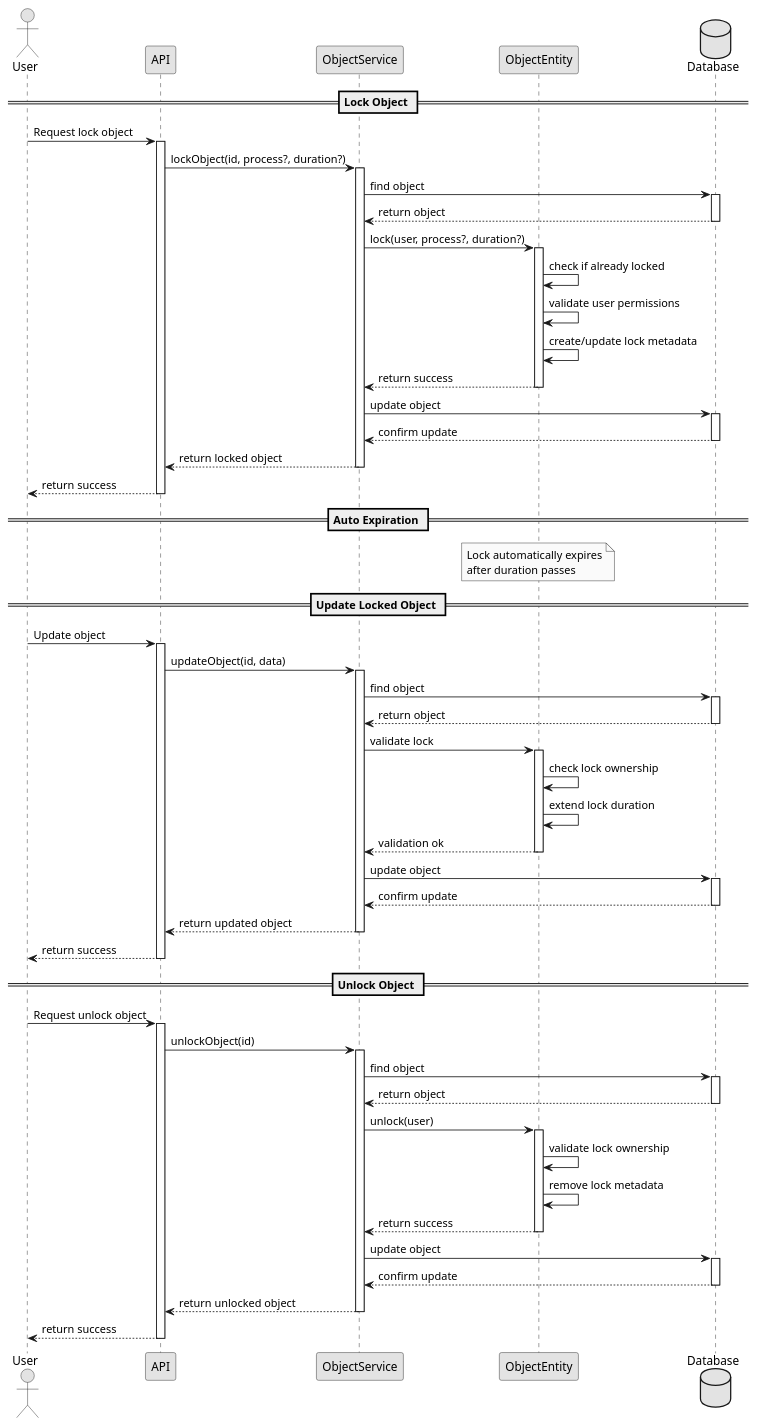
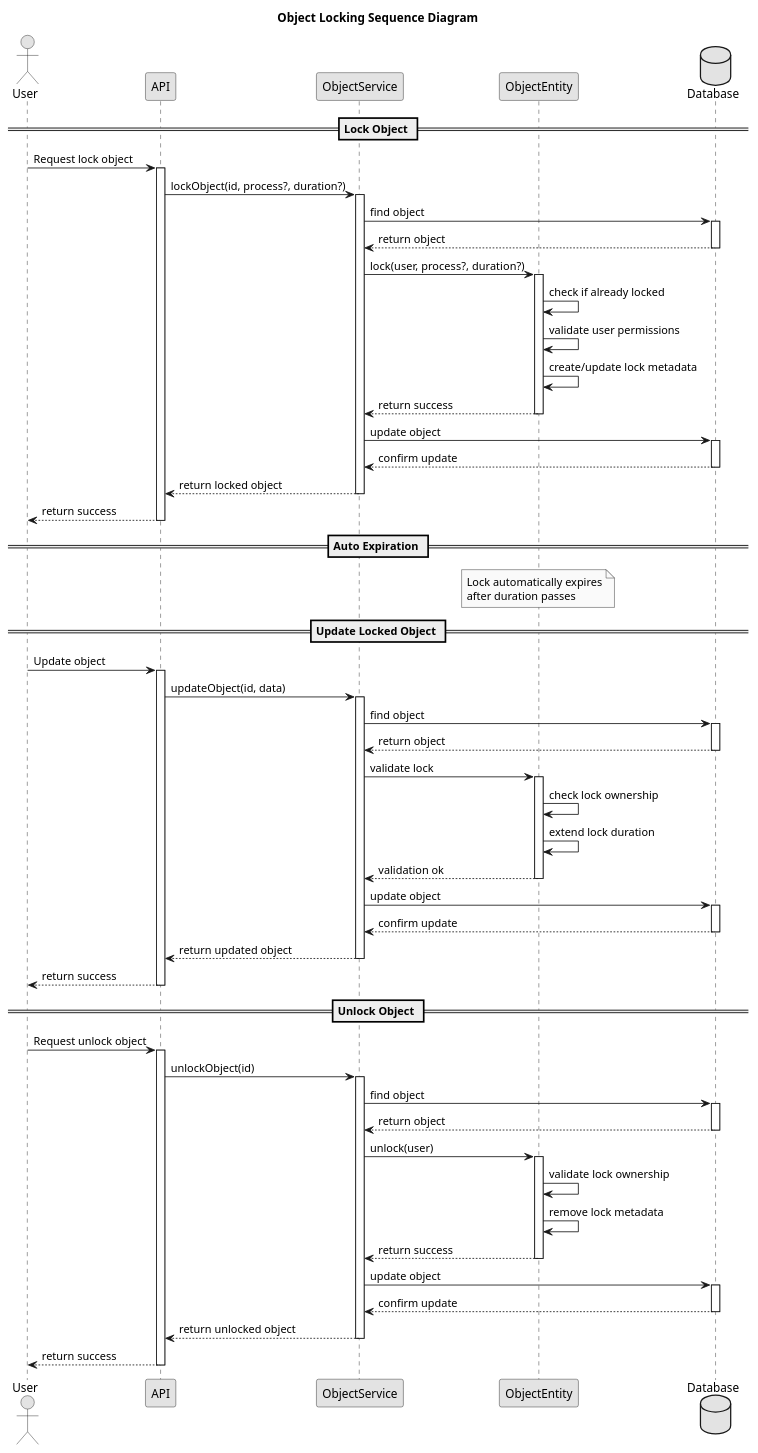
The diagram in website/docs/diagrams/object-locking-sequence.puml (MWest2020/openregister), drawn with PlantUML before and after one commit. The commit also changed 1 other file, not shown here.

```diff
--- a/website/docs/diagrams/object-locking-sequence.puml
+++ b/website/docs/diagrams/object-locking-sequence.puml
@@ -1,108 +1,109 @@
 @startuml Object Locking Process
+title Object Locking Sequence Diagram
 skinparam monochrome true
 
 actor User
 participant "API" as API
 participant "ObjectService" as Service
 participant "ObjectEntity" as Entity
 database "Database" as DB
 
 == Lock Object ==
 User -> API: Request lock object
 activate API
 
 API -> Service: lockObject(id, process?, duration?)
 activate Service
 
 Service -> DB: find object
 activate DB
 DB --> Service: return object
 deactivate DB
 
 Service -> Entity: lock(user, process?, duration?)
 activate Entity
 
 Entity -> Entity: check if already locked
 Entity -> Entity: validate user permissions
 Entity -> Entity: create/update lock metadata
 Entity --> Service: return success
 deactivate Entity
 
 Service -> DB: update object
 activate DB
 DB --> Service: confirm update
 deactivate DB
 
 Service --> API: return locked object
 deactivate Service
 
 API --> User: return success
 deactivate API
 
 == Auto Expiration ==
 note over Entity
   Lock automatically expires
   after duration passes
 end note
 
 == Update Locked Object ==
 User -> API: Update object
 activate API
 
 API -> Service: updateObject(id, data)
 activate Service
 
 Service -> DB: find object
 activate DB
 DB --> Service: return object
 deactivate DB
 
 Service -> Entity: validate lock
 activate Entity
 Entity -> Entity: check lock ownership
 Entity -> Entity: extend lock duration
 Entity --> Service: validation ok
 deactivate Entity
 
 Service -> DB: update object
 activate DB
 DB --> Service: confirm update
 deactivate DB
 
 Service --> API: return updated object
 deactivate Service
 
 API --> User: return success
 deactivate API
 
 == Unlock Object ==
 User -> API: Request unlock object
 activate API
 
 API -> Service: unlockObject(id)
 activate Service
 
 Service -> DB: find object
 activate DB
 DB --> Service: return object
 deactivate DB
 
 Service -> Entity: unlock(user)
 activate Entity
 Entity -> Entity: validate lock ownership
 Entity -> Entity: remove lock metadata
 Entity --> Service: return success
 deactivate Entity
 
 Service -> DB: update object
 activate DB
 DB --> Service: confirm update
 deactivate DB
 
 Service --> API: return unlocked object
 deactivate Service
 
 API --> User: return success
 deactivate API
 
 @enduml 
```
